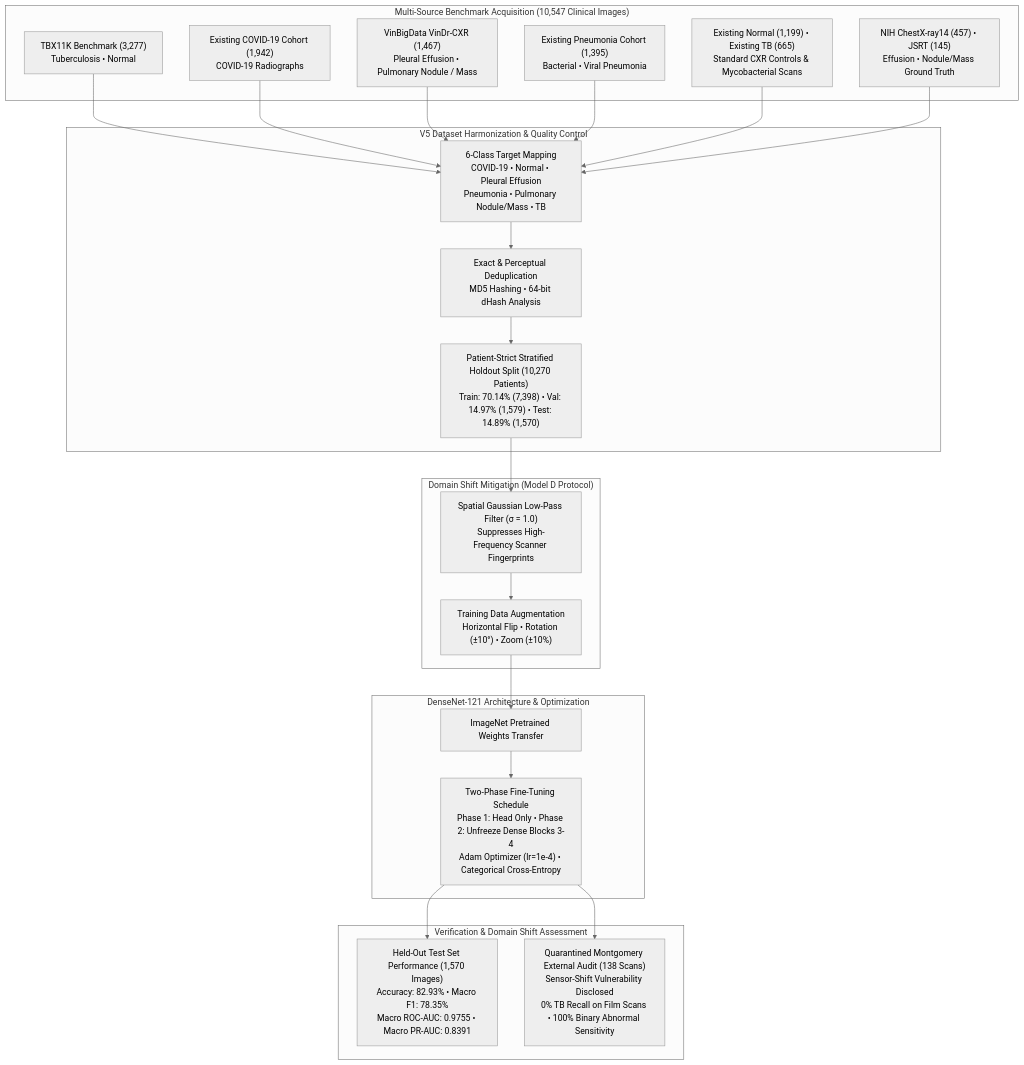
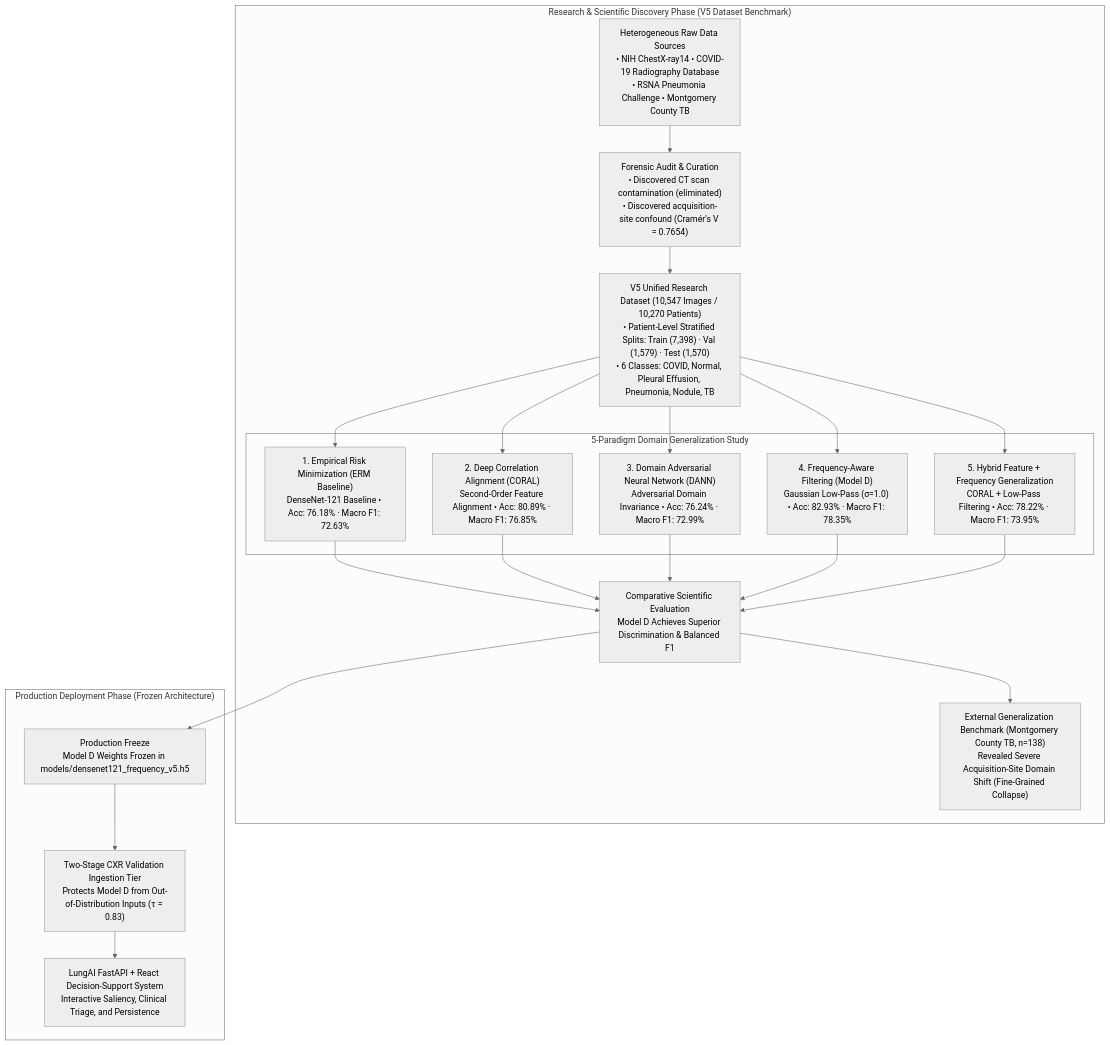
The diagram in docs/diagrams/source/dataset_training_pipeline.mmd (KSathwik/Lung_Disease_Detector), drawn with Mermaid (neutral theme) before and after one commit. The commit also changed 57 other files, not shown here.

First line of the commit message:
feat(release): finalize research deliverables, CXR gate, UML suite, and documentation

```diff
--- a/docs/diagrams/source/dataset_training_pipeline.mmd
+++ b/docs/diagrams/source/dataset_training_pipeline.mmd
@@ -1,40 +1,30 @@
-flowchart TD
-    subgraph Data_Sources ["Multi-Source Benchmark Acquisition (10,547 Clinical Images)"]
-        S1["TBX11K Benchmark (3,277)<br/>Tuberculosis &bull; Normal"]
-        S2["Existing COVID-19 Cohort (1,942)<br/>COVID-19 Radiographs"]
-        S3["VinBigData VinDr-CXR (1,467)<br/>Pleural Effusion &bull; Pulmonary Nodule / Mass"]
-        S4["Existing Pneumonia Cohort (1,395)<br/>Bacterial &bull; Viral Pneumonia"]
-        S5["Existing Normal (1,199) &bull; Existing TB (665)<br/>Standard CXR Controls & Mycobacterial Scans"]
-        S6["NIH ChestX-ray14 (457) &bull; JSRT (145)<br/>Effusion &bull; Nodule/Mass Ground Truth"]
+graph TD
+    subgraph Research_Phase ["Research & Scientific Discovery Phase (V5 Dataset Benchmark)"]
+        Sources["Heterogeneous Raw Data Sources<br/>• NIH ChestX-ray14 &bull; COVID-19 Radiography Database<br/>• RSNA Pneumonia Challenge &bull; Montgomery County TB"]
+        Audit["Forensic Audit & Curation<br/>• Discovered CT scan contamination (eliminated)<br/>• Discovered acquisition-site confound (Cramér's V = 0.7654)"]
+        V5_Dataset["V5 Unified Research Dataset (10,547 Images / 10,270 Patients)<br/>• Patient-Level Stratified Splits: Train (7,398) · Val (1,579) · Test (1,570)<br/>• 6 Classes: COVID, Normal, Pleural Effusion, Pneumonia, Nodule, TB"]
+        
+        subgraph Benchmarks ["5-Paradigm Domain Generalization Study"]
+            P1["1. Empirical Risk Minimization (ERM Baseline)<br/>DenseNet-121 Baseline &bull; Acc: 76.18% · Macro F1: 72.63%"]
+            P2["2. Deep Correlation Alignment (CORAL)<br/>Second-Order Feature Alignment &bull; Acc: 80.89% · Macro F1: 76.85%"]
+            P3["3. Domain Adversarial Neural Network (DANN)<br/>Adversarial Domain Invariance &bull; Acc: 76.24% · Macro F1: 72.99%"]
+            P4["4. Frequency-Aware Filtering (Model D)<br/>Gaussian Low-Pass (&sigma;=1.0) &bull; Acc: 82.93% · Macro F1: 78.35%"]
+            P5["5. Hybrid Feature + Frequency Generalization<br/>CORAL + Low-Pass Filtering &bull; Acc: 78.22% · Macro F1: 73.95%"]
+        end
+
+        Eval["Comparative Scientific Evaluation<br/>Model D Achieves Superior Discrimination & Balanced F1"]
+        ExtBench["External Generalization Benchmark (Montgomery County TB, n=138)<br/>Revealed Severe Acquisition-Site Domain Shift (Fine-Grained Collapse)"]
     end
 
-    subgraph Unified_Manifest_V5 ["V5 Dataset Harmonization & Quality Control"]
-        Harmonize["6-Class Target Mapping<br/>COVID-19 &bull; Normal &bull; Pleural Effusion<br/>Pneumonia &bull; Pulmonary Nodule/Mass &bull; TB"]
-        Dedup["Exact & Perceptual Deduplication<br/>MD5 Hashing &bull; 64-bit dHash Analysis"]
-        Split["Patient-Strict Stratified Holdout Split (10,270 Patients)<br/>Train: 70.14% (7,398) &bull; Val: 14.97% (1,579) &bull; Test: 14.89% (1,570)"]
+    subgraph Production_Phase ["Production Deployment Phase (Frozen Architecture)"]
+        Freeze["Production Freeze<br/>Model D Weights Frozen in models/densenet121_frequency_v5.h5"]
+        Gate["Two-Stage CXR Validation Ingestion Tier<br/>Protects Model D from Out-of-Distribution Inputs (&tau; = 0.83)"]
+        App["LungAI FastAPI + React Decision-Support System<br/>Interactive Saliency, Clinical Triage, and Persistence"]
     end
 
-    subgraph Frequency_Preprocessing ["Domain Shift Mitigation (Model D Protocol)"]
-        LPFilter["Spatial Gaussian Low-Pass Filter (&sigma; = 1.0)<br/>Suppresses High-Frequency Scanner Fingerprints"]
-        Augment["Training Data Augmentation<br/>Horizontal Flip &bull; Rotation (&plusmn;10&deg;) &bull; Zoom (&plusmn;10%)"]
-    end
-
-    subgraph Model_D_Optimization ["DenseNet-121 Architecture & Optimization"]
-        Init["ImageNet Pretrained Weights Transfer"]
-        Training["Two-Phase Fine-Tuning Schedule<br/>Phase 1: Head Only &bull; Phase 2: Unfreeze Dense Blocks 3-4<br/>Adam Optimizer (lr=1e-4) &bull; Categorical Cross-Entropy"]
-    end
-
-    subgraph Scientific_Evaluation ["Verification & Domain Shift Assessment"]
-        TestMetrics["Held-Out Test Set Performance (1,570 Images)<br/>Accuracy: 82.93% &bull; Macro F1: 78.35%<br/>Macro ROC-AUC: 0.9755 &bull; Macro PR-AUC: 0.8391"]
-        ExtAudit["Quarantined Montgomery External Audit (138 Scans)<br/>Sensor-Shift Vulnerability Disclosed<br/>0% TB Recall on Film Scans &bull; 100% Binary Abnormal Sensitivity"]
-    end
-
-    S1 & S2 & S3 & S4 & S5 & S6 --> Harmonize
-    Harmonize --> Dedup
-    Dedup --> Split
-    Split --> LPFilter
-    LPFilter --> Augment
-    Augment --> Init
-    Init --> Training
-    Training --> TestMetrics
-    Training --> ExtAudit
+    Sources --> Audit --> V5_Dataset
+    V5_Dataset --> P1 & P2 & P3 & P4 & P5
+    P1 & P2 & P3 & P4 & P5 --> Eval
+    Eval --> Freeze
+    Eval --> ExtBench
+    Freeze --> Gate --> App
```
